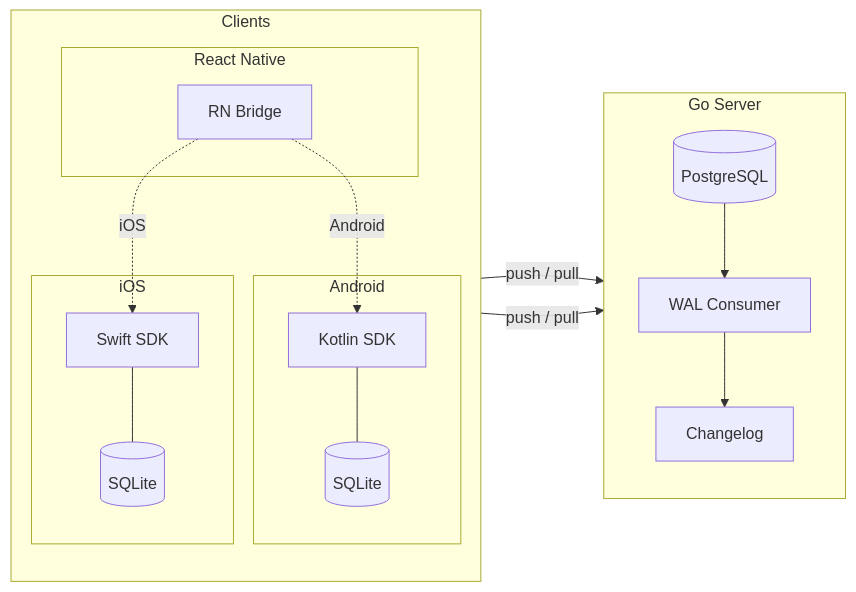
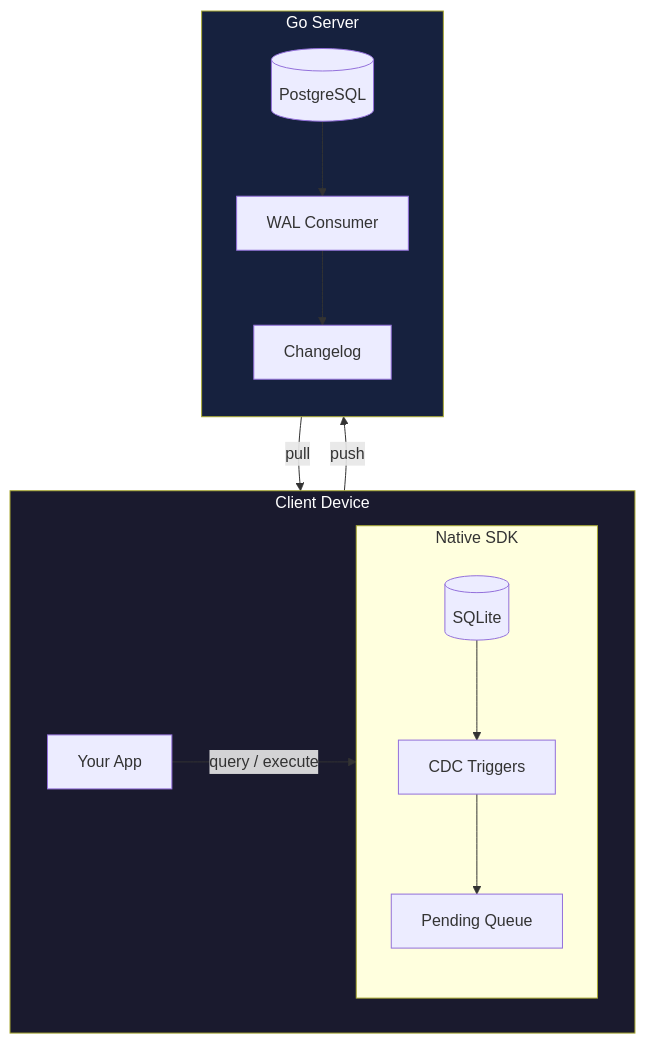
One commit to trainstar/synchro changed the diagram in README.md. Above: the diagram before and after it, drawn with Mermaid. The commit also changed other lines of this file, not shown here.

Commit message:
fix: architecture diagram with SQLite CDC triggers and pending queue

````diff
--- a/README.md
+++ b/README.md
@@ -19,32 +19,28 @@
 ```mermaid
-flowchart LR
-    subgraph Clients
-        direction TB
-        subgraph iOS
-            A[Swift SDK]
-            A1[(SQLite)]
-            A --- A1
+flowchart TB
+    subgraph Client["Client Device"]
+        direction LR
+        APP[Your App] -- "query / execute" --> SDK
+        subgraph SDK["Native SDK"]
+            direction TB
+            DB[(SQLite)]
+            CDC[CDC Triggers]
+            PQ[Pending Queue]
+            DB --> CDC --> PQ
         end
-        subgraph Android
-            B[Kotlin SDK]
-            B1[(SQLite)]
-            B --- B1
-        end
-        subgraph RN["React Native"]
-            C[RN Bridge]
-        end
-        C -. "iOS" .-> A
-        C -. "Android" .-> B
     end
 
     subgraph Server["Go Server"]
         direction TB
-        D[("PostgreSQL")]
-        E["WAL Consumer"]
-        F["Changelog"]
-        D --> E --> F
+        PG[("PostgreSQL")]
+        WAL[WAL Consumer]
+        CL[Changelog]
+        PG --> WAL --> CL
     end
 
-    A -- "push / pull" --> Server
-    B -- "push / pull" --> Server
+    PQ -- "push" --> PG
+    CL -- "pull" --> DB
+
+    style Client fill:#1a1a2e,color:#fff
+    style Server fill:#16213e,color:#fff
 ```
````
